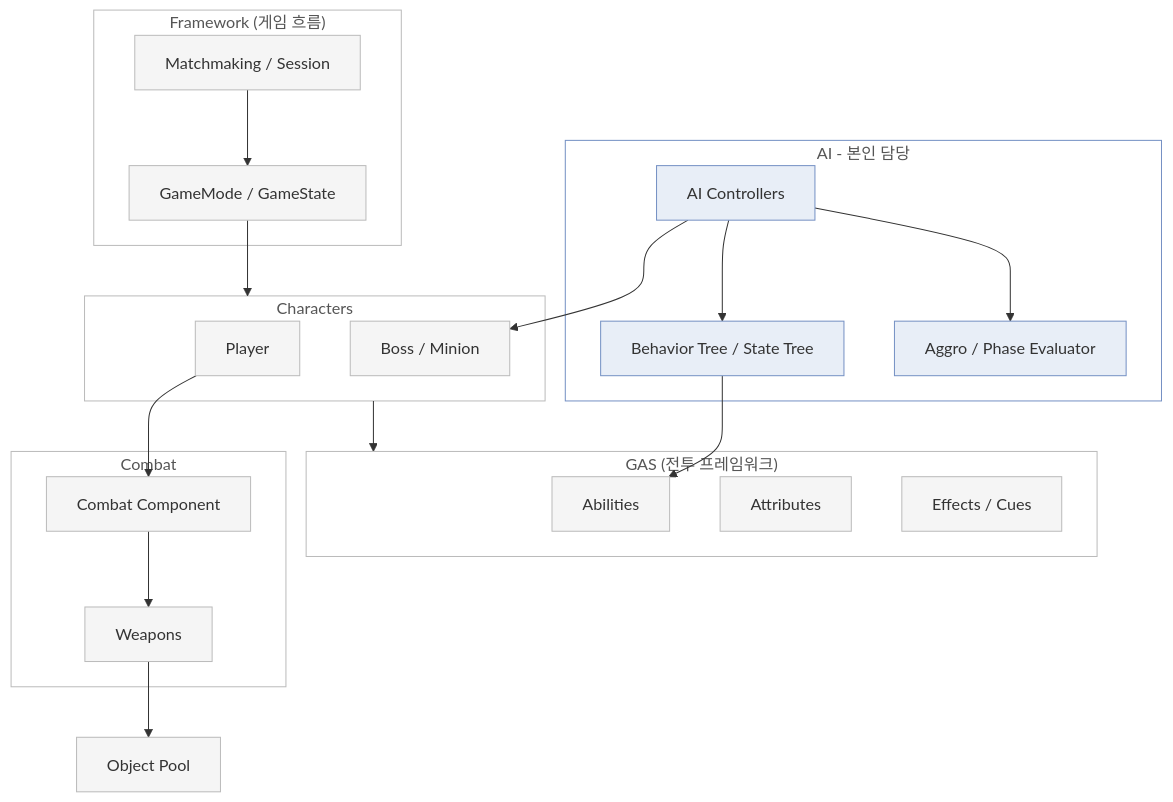
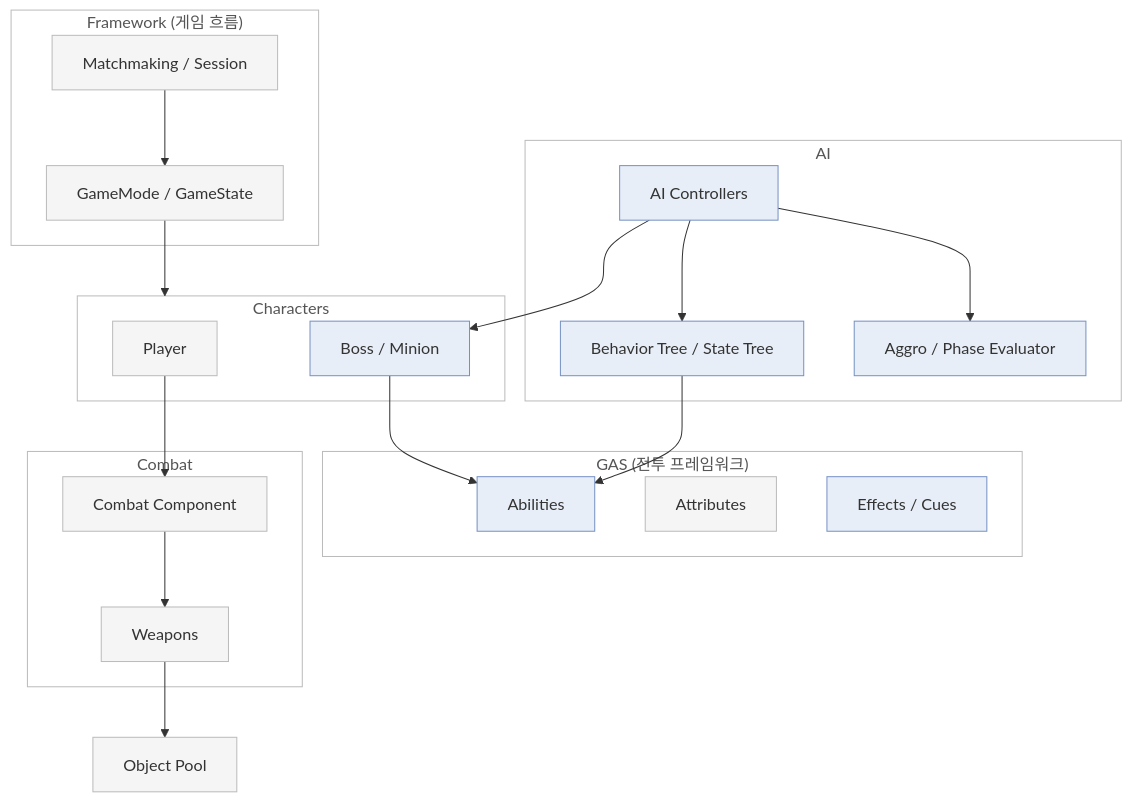
One commit to seongwon1579/ProjectBlackout changed the first of 8 diagrams in README.md. Above: the diagram before and after it, drawn with Mermaid. The commit also changed other lines of this file, not shown here.

````diff
--- a/README.md
+++ b/README.md
@@ -64,48 +62,48 @@
 ```mermaid
 graph TD
     subgraph Framework["Framework (게임 흐름)"]
         GM[GameMode / GameState]
         MM[Matchmaking / Session]
     end
     subgraph Character["Characters"]
         PC[Player]
         Enemy[Boss / Minion]
     end
-    subgraph AI["AI - 본인 담당"]
+    subgraph AI["AI"]
         Ctrl[AI Controllers]
         BTST[Behavior Tree / State Tree]
         Eval[Aggro / Phase Evaluator]
     end
     subgraph GAS["GAS (전투 프레임워크)"]
         Ability[Abilities]
         Attr[Attributes]
         Effect[Effects / Cues]
     end
     subgraph Combat["Combat"]
         Weapon[Weapons]
         CombatComp[Combat Component]
     end
     Pool[Object Pool]
 
     GM --> Character
     MM --> GM
     Ctrl --> Enemy
     Ctrl --> BTST
     Ctrl --> Eval
     BTST --> Ability
     PC --> CombatComp
     CombatComp --> Weapon
-    Character --> GAS
+    Enemy --> Ability
     Weapon --> Pool
 
     classDef box fill:#f5f5f5,stroke:#bbb,color:#333
-    classDef ai fill:#e8eef7,stroke:#7591c4,color:#333
-    class GM,MM,PC,Enemy,Ability,Attr,Effect,Weapon,CombatComp,Pool box
-    class Ctrl,BTST,Eval ai
+    classDef mine fill:#e8eef7,stroke:#7591c4,color:#333
+    class GM,MM,PC,Attr,Weapon,CombatComp,Pool box
+    class Ctrl,BTST,Eval,Enemy,Ability,Effect mine
 
     style Framework fill:transparent,stroke:#bbb,color:#555
     style Character fill:transparent,stroke:#bbb,color:#555
-    style AI fill:transparent,stroke:#7591c4,color:#555
+    style AI fill:transparent,stroke:#bbb,color:#555
     style GAS fill:transparent,stroke:#bbb,color:#555
     style Combat fill:transparent,stroke:#bbb,color:#555
 ```
````
